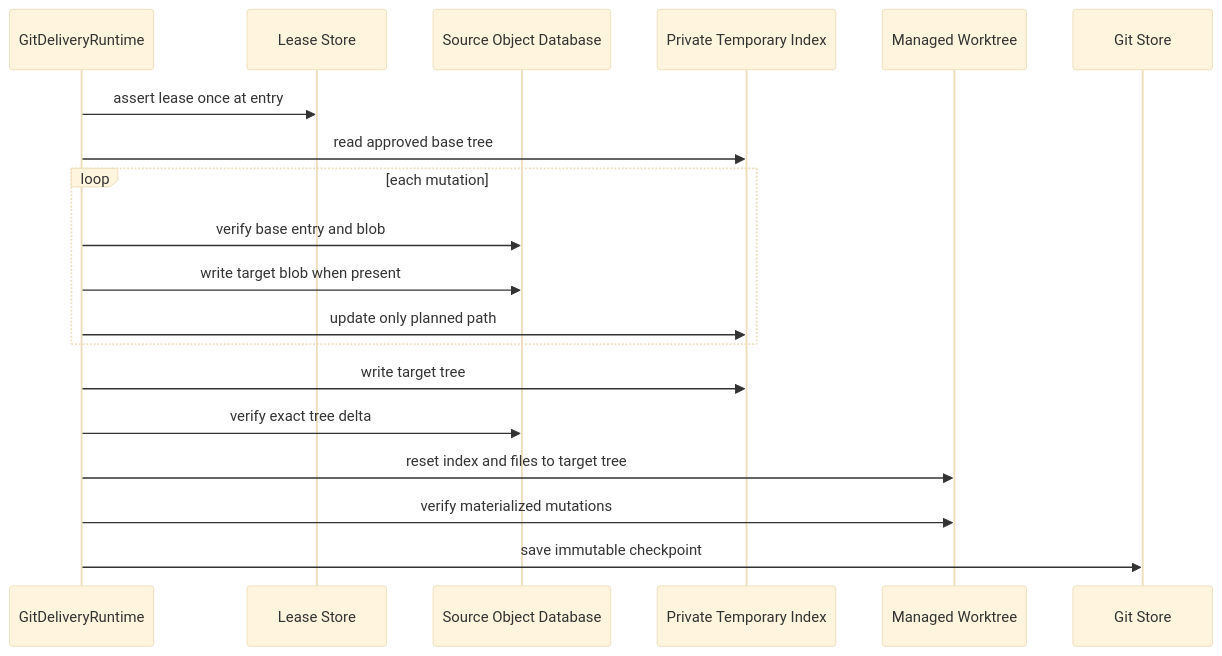
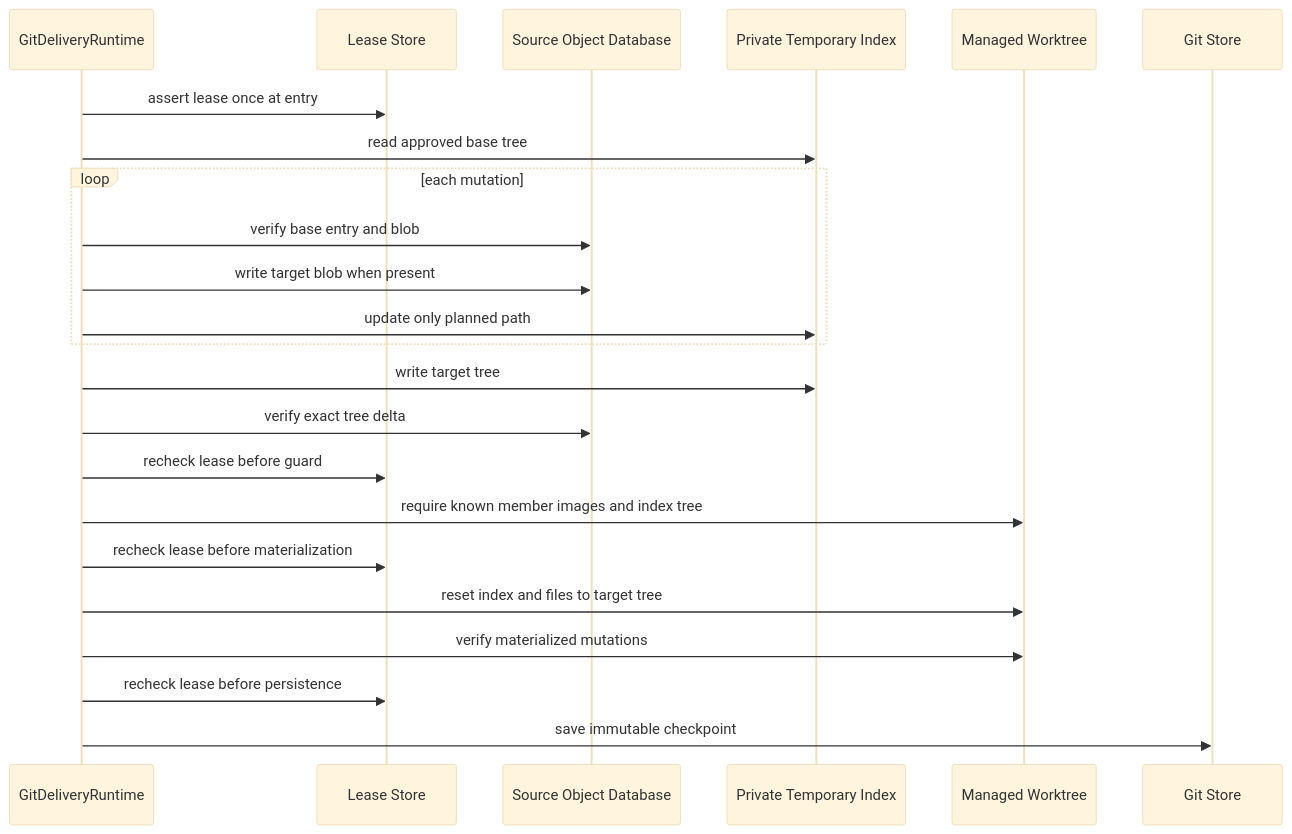
Diagram 13 of 18 in docs/modules/delivery.md (carrie1988/Harnessix), drawn with Mermaid (base theme) before and after one commit. The commit also changed other lines of this file and 17 other files, not shown here.

````diff
--- a/docs/modules/delivery.md
+++ b/docs/modules/delivery.md
@@ -876,21 +878,25 @@
 ```mermaid
 sequenceDiagram
     participant G as GitDeliveryRuntime
     participant L as Lease Store
     participant R as Source Object Database
     participant I as Private Temporary Index
     participant W as Managed Worktree
     participant J as Git Store
     G->>L: assert lease once at entry
     G->>I: read approved base tree
     loop each mutation
         G->>R: verify base entry and blob
         G->>R: write target blob when present
         G->>I: update only planned path
     end
     G->>I: write target tree
     G->>R: verify exact tree delta
+    G->>L: recheck lease before guard
+    G->>W: require known member images and index tree
+    G->>L: recheck lease before materialization
     G->>W: reset index and files to target tree
     G->>W: verify materialized mutations
+    G->>L: recheck lease before persistence
     G->>J: save immutable checkpoint
 ```
````
